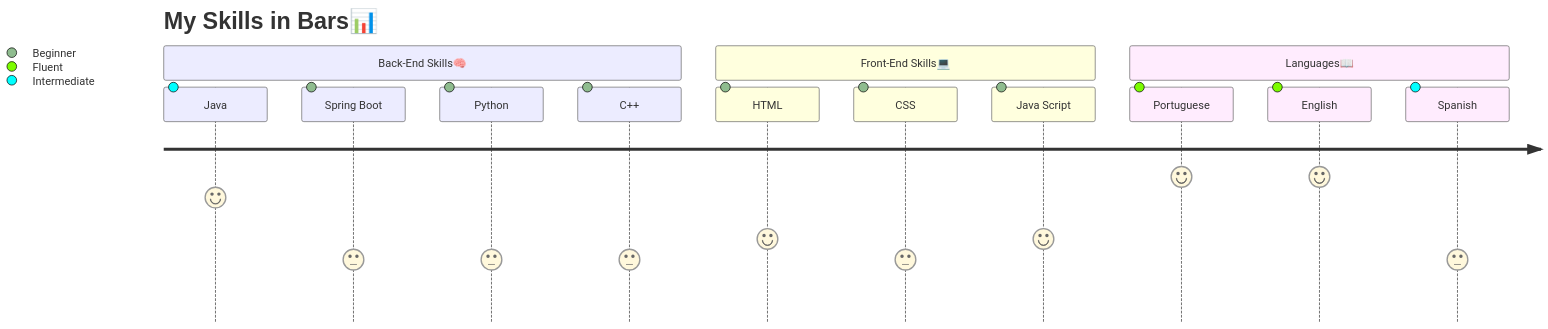
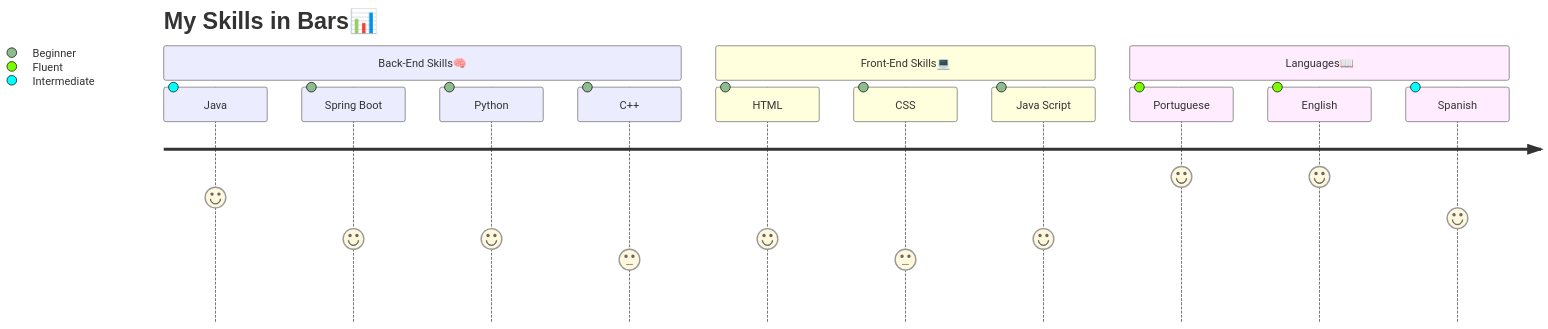
One commit to Breno-M-G/see-my-resume changed the second of 3 diagrams in README.md. Above: the diagram before and after it, drawn with Mermaid.

Commit message:
Correction_of_Stats_Journey_Chart

````diff
--- a/README.md
+++ b/README.md
@@ -47,17 +47,17 @@
 ``` mermaid
 journey
     title My Skills in Bars📊
      section Back-End Skills🧠
       Java: 6: Intermediate
-      Spring Boot: 3: Beginner 
-      Python: 3 : Beginner
+      Spring Boot: 4: Beginner 
+      Python: 4 : Beginner
       C++: 3: Beginner
     section Front-End Skills💻
       HTML: 4: Beginner
       CSS: 3: Beginner
       Java Script: 4: Beginner
     section Languages📖
         Portuguese:7 : Fluent
         English: 7 : Fluent
-        Spanish: 3: Intermediate
+        Spanish: 5: Intermediate
 ```
````
